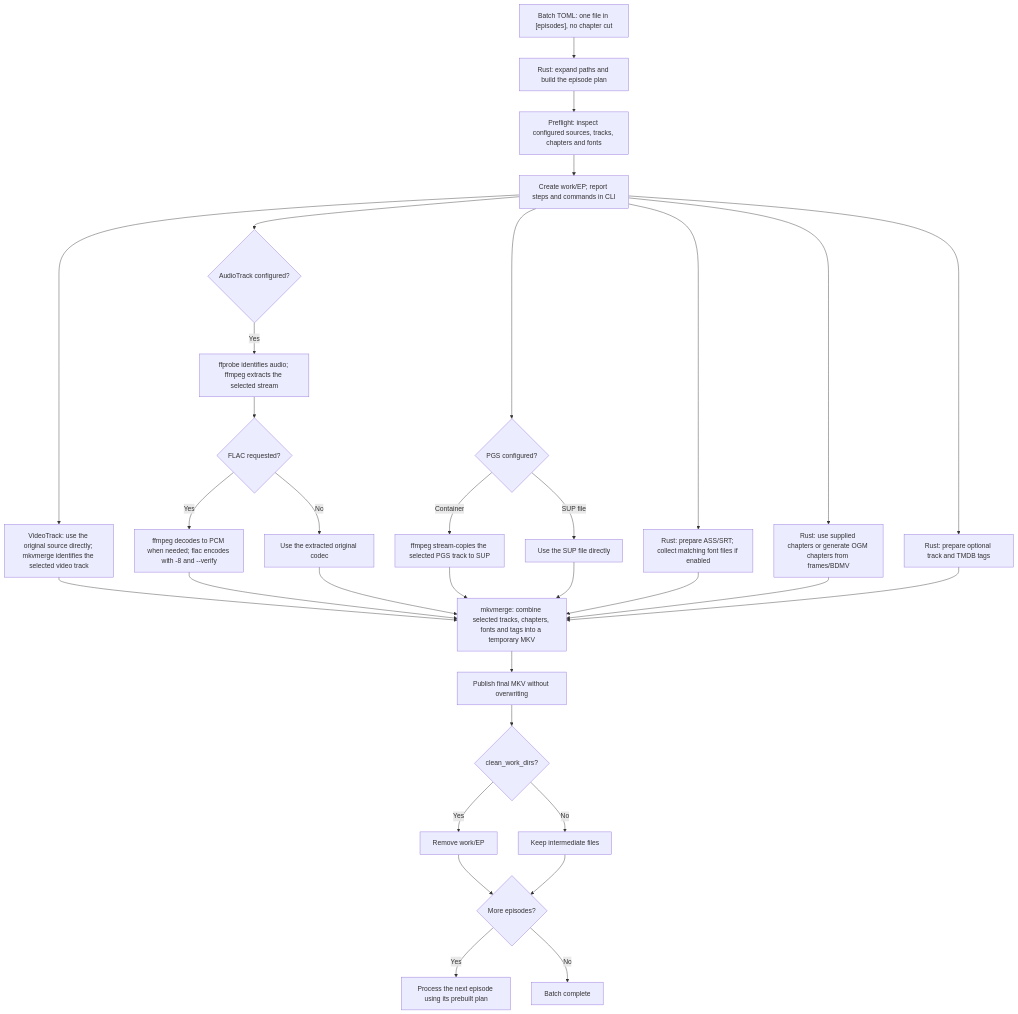
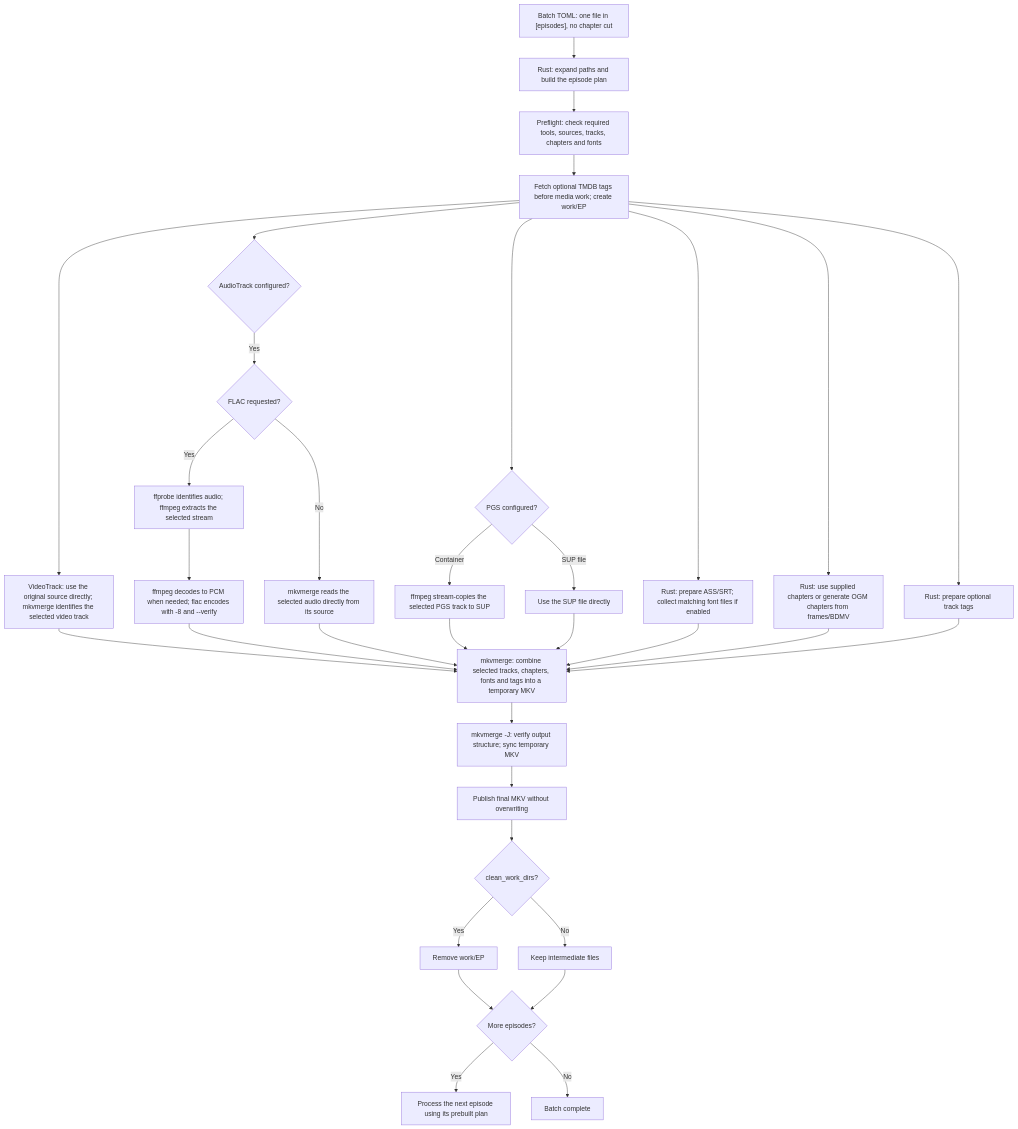
One commit to IncYami/muxcraft changed the diagram in docs/single-source-flow.mmd. Above: the diagram before and after it, drawn with Mermaid. The commit also changed 17 other files, not shown here.

```diff
--- a/docs/single-source-flow.mmd
+++ b/docs/single-source-flow.mmd
@@ -1,32 +1,33 @@
 flowchart TD
     A["Batch TOML: one file in [episodes], no chapter cut"] --> B["Rust: expand paths and build the episode plan"]
-    B --> C["Preflight: inspect configured sources, tracks, chapters and fonts"]
-    C --> W["Create work/EP; report steps and commands in CLI"]
+    B --> C["Preflight: check required tools, sources, tracks, chapters and fonts"]
+    C --> W["Fetch optional TMDB tags before media work; create work/EP"]
     W --> V["VideoTrack: use the original source directly; mkvmerge identifies the selected video track"]
     W --> AU{"AudioTrack configured?"}
-    AU -- Yes --> AX["ffprobe identifies audio; ffmpeg extracts the selected stream"]
-    AX --> AC{"FLAC requested?"}
-    AC -- Yes --> PCM["ffmpeg decodes to PCM when needed; flac encodes with -8 and --verify"]
-    AC -- No --> COPY["Use the extracted original codec"]
+    AU -- Yes --> AC{"FLAC requested?"}
+    AC -- Yes --> AX["ffprobe identifies audio; ffmpeg extracts the selected stream"]
+    AX --> PCM["ffmpeg decodes to PCM when needed; flac encodes with -8 and --verify"]
+    AC -- No --> COPY["mkvmerge reads the selected audio directly from its source"]
     W --> PG{"PGS configured?"}
     PG -- Container --> PX["ffmpeg stream-copies the selected PGS track to SUP"]
     PG -- SUP file --> PD["Use the SUP file directly"]
     W --> SUB["Rust: prepare ASS/SRT; collect matching font files if enabled"]
     W --> CH["Rust: use supplied chapters or generate OGM chapters from frames/BDMV"]
-    W --> TAG["Rust: prepare optional track and TMDB tags"]
+    W --> TAG["Rust: prepare optional track tags"]
     V --> MX["mkvmerge: combine selected tracks, chapters, fonts and tags into a temporary MKV"]
     PCM --> MX
     COPY --> MX
     PX --> MX
     PD --> MX
     SUB --> MX
     CH --> MX
     TAG --> MX
-    MX --> OUT["Publish final MKV without overwriting"]
+    MX --> VERIFY["mkvmerge -J: verify output structure; sync temporary MKV"]
+    VERIFY --> OUT["Publish final MKV without overwriting"]
     OUT --> CLEAN{"clean_work_dirs?"}
     CLEAN -- Yes --> RM["Remove work/EP"]
     CLEAN -- No --> KEEP["Keep intermediate files"]
     RM --> NEXT{"More episodes?"}
     KEEP --> NEXT
     NEXT -- Yes --> REPEAT["Process the next episode using its prebuilt plan"]
     NEXT -- No --> DONE["Batch complete"]
```
